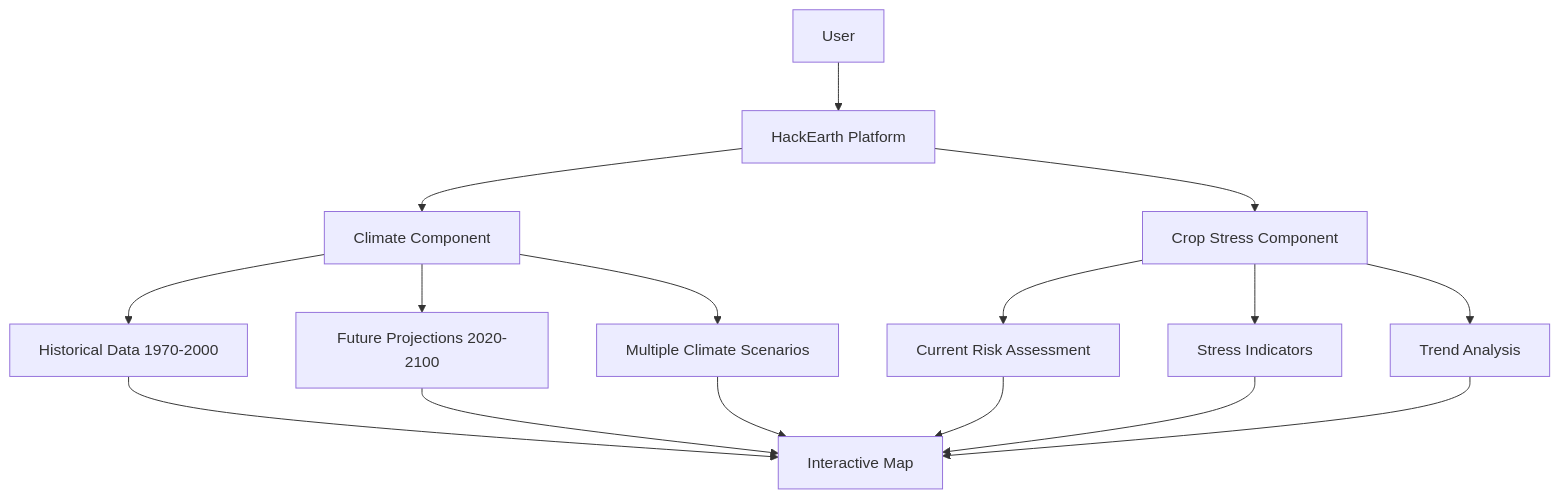
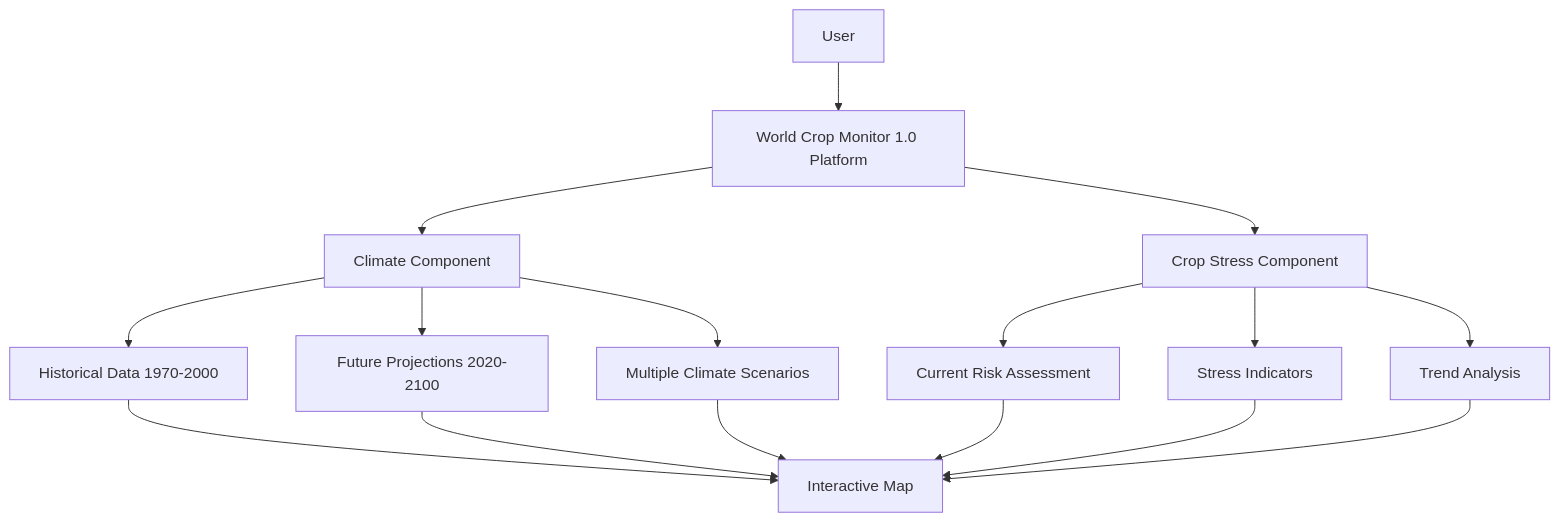
One commit to shruthikasuyaraj/World-Crop-Monitor-1.0 changed the first of 2 diagrams in docs/user-guide.md. Above: the diagram before and after it, drawn with Mermaid. The commit also changed other lines of this file and 15 other files, not shown here.

````diff
--- a/docs/user-guide.md
+++ b/docs/user-guide.md
@@ -67,21 +67,21 @@
 ```mermaid
 graph TD
-    A["User"] --> B["HackEarth Platform"]
+    A["User"] --> B["World Crop Monitor 1.0 Platform"]
     B --> C["Climate Component"]
     B --> D["Crop Stress Component"]
     
     C --> E["Historical Data 1970-2000"]
     C --> F["Future Projections 2020-2100"]
     C --> G["Multiple Climate Scenarios"]
     
     D --> H["Current Risk Assessment"]
     D --> I["Stress Indicators"]
     D --> J["Trend Analysis"]
     
     E --> K["Interactive Map"]
     F --> K
     G --> K
     H --> K
     I --> K
     J --> K
 ```
````
